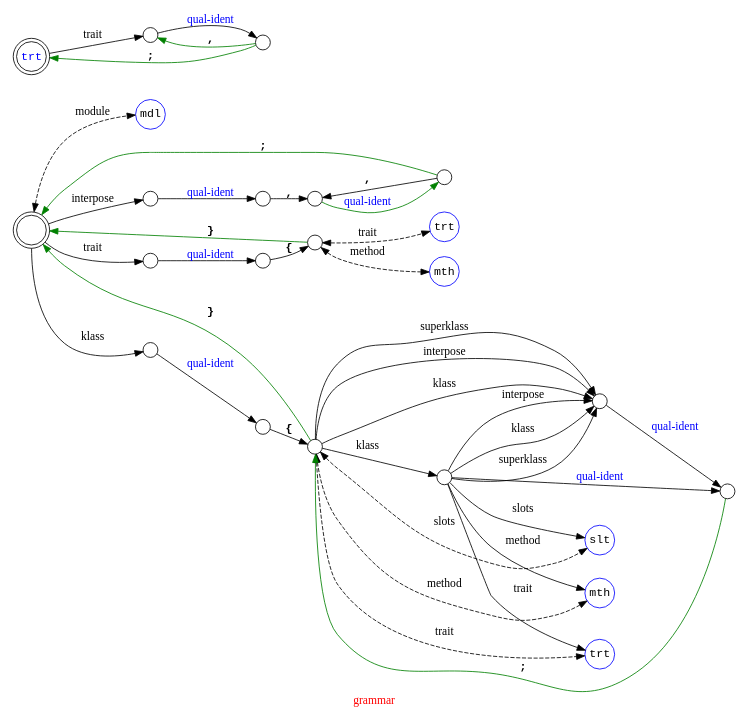
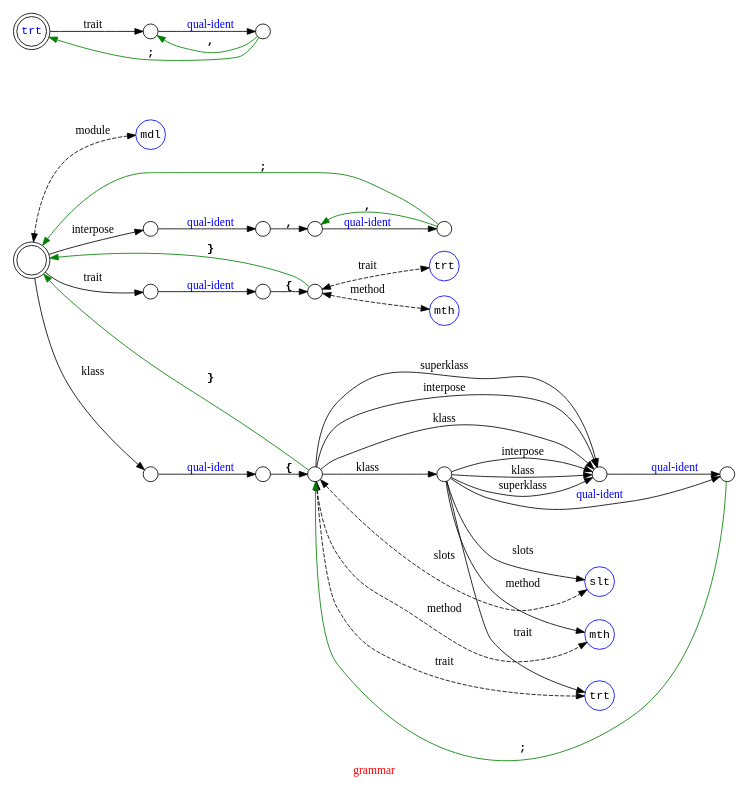
Before and after one commit to Ayyzee/dakota: the diagram in doc/grammar.dot, drawn with Graphviz.

Commit message:
More cleanup and rework.

```diff
--- a/doc/grammar.dot
+++ b/doc/grammar.dot
@@ -1,77 +1,71 @@
 // Copyright (C) 2007, 2008, 2009 Robert Nielsen <robert@dakota.org>
 //
 // Licensed under the Apache License, Version 2.0 (the "License");
 // you may not use this file except in compliance with the License.
 // You may obtain a copy of the License at
 //
 //      http://www.apache.org/licenses/LICENSE-2.0
 //
 // Unless required by applicable law or agreed to in writing, software
 // distributed under the License is distributed on an "AS IS" BASIS,
 // WITHOUT WARRANTIES OR CONDITIONS OF ANY KIND, either express or implied.
 // See the License for the specific language governing permissions and
 // limitations under the License.
 
-digraph "grammar"
-{
+digraph "grammar" {
   graph [ label = "\G", fontcolor = red ];
   graph [ rankdir = LR, center = true ];
+  node [ shape = circle, fontname = "Courier" ];
 
-  // comment out the follow two lines when editing
+  // comment out the follow lines when editing
   graph [ page = "8.5,11", size = "7.5,10", margin = 0.125 ];
   node [ label = "", width = 0.25 ];
-
-  node [ shape = circle, fontname = "Courier" ];
-
-  000 [ shape = doublecircle, fontcolor = blue, fixedsize = true, width = 0.5 ];
   100 [ color = blue, fixedsize = true, width = 0.5, label = "mdl" ];
   125 [ color = blue, fixedsize = true, width = 0.5, label = "trt" ];
   126 [ color = blue, fixedsize = true, width = 0.5, label = "mth" ];
   178 [ color = blue, fixedsize = true, width = 0.5, label = "slt" ];
   174 [ color = blue, fixedsize = true, width = 0.5, label = "mth" ];
   270 [ color = blue, fixedsize = true, width = 0.5, label = "trt" ];
+  324 [ shape = doublecircle, fontcolor = blue, fixedsize = true, width = 0.5, label = "trt" ];
+  000 [ shape = doublecircle, fontcolor = blue, fixedsize = true, width = 0.5 ];
 
-  324 [ shape = doublecircle, fontcolor = blue, fixedsize = true, width = 0.5, label = "trt" ];
-  324 -> 325 [ label = "trait" ];
-  325 -> 327 [ label = "qual-ident", fontcolor = blue ];
+  324 -> 325 [ label = "trait", weight = 8 ];
+  325 -> 327 [ label = "qual-ident", fontcolor = blue, weight = 8 ];
   327 -> 325 [ label = ",", fontname = "Courier-Bold", color = green ];
   327 -> 324 [ label = ";", fontname = "Courier-Bold", color = green ];
 
   000 -> 100 [ label = "module", dir = both, style = dashed ];
   000 -> 133 [ label = "interpose" ];
   000 -> 150 [ label = "klass" ];
   000 -> 120 [ label = "trait" ];
-  120 -> 122 [ label = "qual-ident", fontcolor = blue ];
-  122 -> 124 [ label = "{", fontname = "Courier-Bold" ];
-  124 -> 126 [ label = "method", dir = both, style = dashed ];
-  124 -> 125 [ label = "trait", dir = both, style = dashed ];
+  120 -> 122 [ label = "qual-ident", fontcolor = blue, weight = 8 ];
+  122 -> 124 [ label = "{", fontname = "Courier-Bold", weight = 8 ];
+  124 -> 126 [ label = "method", dir = both, style = dashed, weight = 8 ];
+  124 -> 125 [ label = "trait", dir = both, style = dashed, weight = 8 ];
   124 -> 000 [ label = "}", fontname = "Courier-Bold", color = green ];
 
-  133 -> 137 [ label = "qual-ident", fontcolor = blue ];
-  137 -> 138 [ label = ",", fontname = "Courier-Bold" ];
-  138 -> 140 [ label = "qual-ident", fontcolor = blue, color = green ];
+  133 -> 137 [ label = "qual-ident", fontcolor = blue, weight = 8 ];
+  137 -> 138 [ label = ",", fontname = "Courier-Bold", weight = 8 ];
+  138 -> 140 [ label = "qual-ident", fontcolor = blue, weight = 8 ];
   140 -> 000 [ label = ";", fontname = "Courier-Bold", color = green ];
-  140 -> 138 [ label = ",", fontname = "Courier-Bold" ];
-  150 -> 155 [ label = "qual-ident", fontcolor = blue ];
-  155 -> 160 [ label = "{", fontname = "Courier-Bold" ];
+  140 -> 138 [ label = ",", fontname = "Courier-Bold", color = green ];
+  150 -> 155 [ label = "qual-ident", fontcolor = blue, weight = 8 ];
+  155 -> 160 [ label = "{", fontname = "Courier-Bold", weight = 8 ];
   160 -> 000 [ label = "}", fontname = "Courier-Bold", color = green ];
   160 -> 178 [ label = "slots", dir = both, style = dashed ];
   160 -> 174 [ label = "method", dir = both, style = dashed ];
   160 -> 170 [ label = "interpose" ];
   160 -> 170 [ label = "klass" ];
   160 -> 170 [ label = "superklass" ];
-  160 -> 165 [ label = "klass" ];
+  160 -> 165 [ label = "klass", weight = 8 ];
   160 -> 270 [ label = "trait", dir = both, style = dashed ];
-  170 -> 180 [ label = "qual-ident", fontcolor = blue ];
+  170 -> 180 [ label = "qual-ident", fontcolor = blue, weight = 8 ];
   165 -> 178 [ label = "slots" ];
   165 -> 174 [ label = "method" ];
-  165 -> 170 [ label = "interpose" ];
-  165 -> 170 [ label = "klass" ];
-  165 -> 170 [ label = "superklass" ];
+  165 -> 170 [ label = "interpose", weight = 8 ];
+  165 -> 170 [ label = "klass", weight = 8 ];
+  165 -> 170 [ label = "superklass", weight = 8 ];
   165 -> 180 [ label = "qual-ident", fontcolor = blue ];
   165 -> 270 [ label = "trait" ];
   180 -> 160 [ label = ";", fontname = "Courier-Bold", color = green ];
-  // 270 -> 280 [ label = "qual-ident", fontcolor = blue ];
-  // 280 -> 160 [ label = ";", fontname = "Courier-Bold", color = green ];
-  // 280 -> 270 [ label = ",", fontname = "Courier-Bold", color = green ];
 }
```
